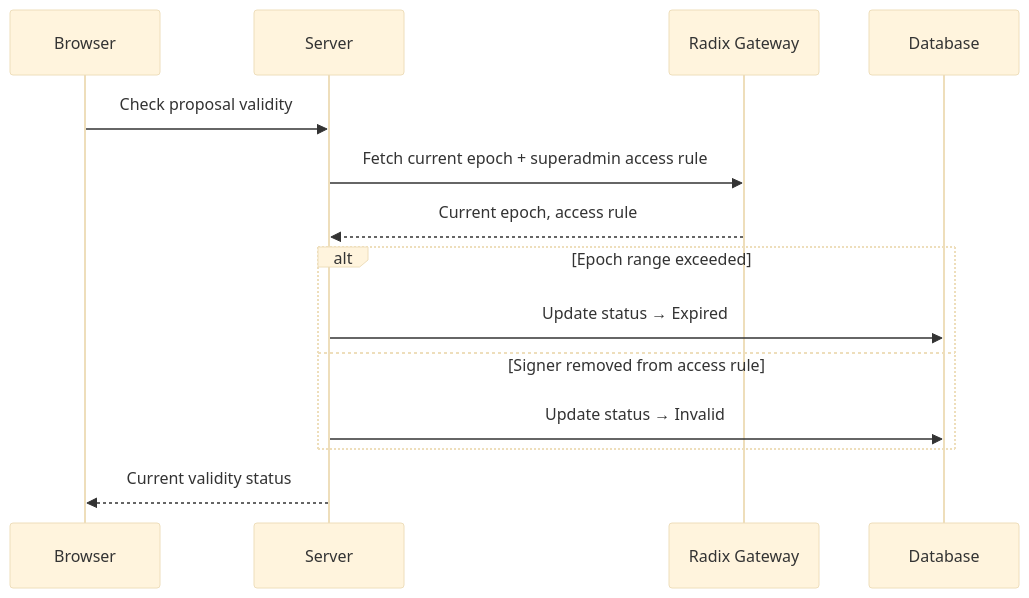
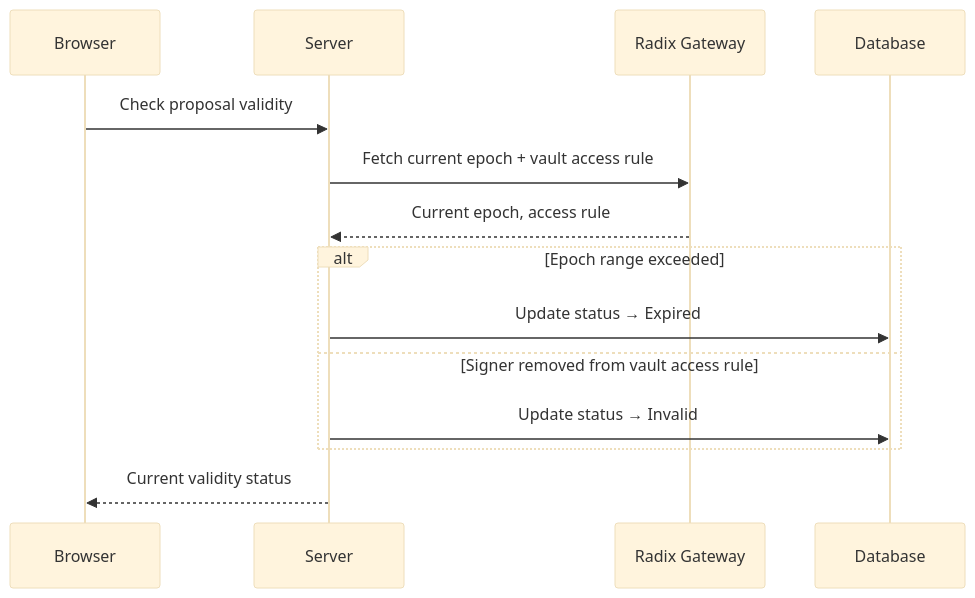
Before and after one commit to xstelea/radix-vaults: the fifth of 8 diagrams in docs/PRODUCT_SCOPE.md, drawn with Mermaid (base theme). The commit also changed other lines of this file, not shown here.

Commit message:
Update product scope for per-vault threshold model

````diff
--- a/docs/PRODUCT_SCOPE.md
+++ b/docs/PRODUCT_SCOPE.md
@@ -216,17 +219,17 @@
 ```mermaid
 sequenceDiagram
     participant B as Browser
     participant S as Server
     participant GW as Radix Gateway
     participant DB as Database
 
     B->>S: Check proposal validity
-    S->>GW: Fetch current epoch + superadmin access rule
+    S->>GW: Fetch current epoch + vault access rule
     GW-->>S: Current epoch, access rule
     alt Epoch range exceeded
         S->>DB: Update status → Expired
-    else Signer removed from access rule
+    else Signer removed from vault access rule
         S->>DB: Update status → Invalid
     end
     S-->>B: Current validity status
 ```
````
